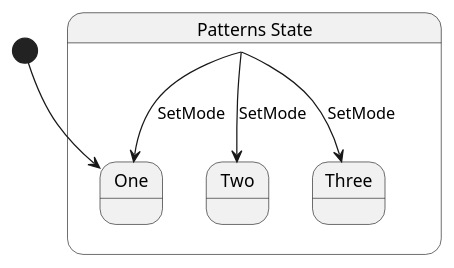
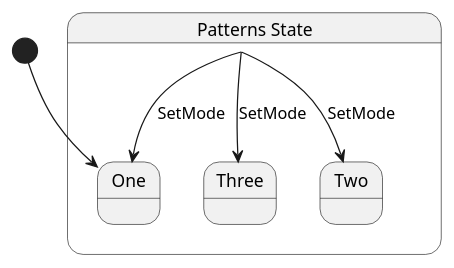
Before and after one commit to chickensoft-games/LogicBlocks: the diagram in Chickensoft.LogicBlocks.DiagramGenerator.Tests/test_cases/Patterns.g.puml, drawn with PlantUML. The commit also changed other lines of this file and 8 other files, not shown here.

```diff
--- a/Chickensoft.LogicBlocks.DiagramGenerator.Tests/test_cases/Patterns.g.puml
+++ b/Chickensoft.LogicBlocks.DiagramGenerator.Tests/test_cases/Patterns.g.puml
@@ -1,12 +1,12 @@
 @startuml Patterns
 state "Patterns State" as Chickensoft_LogicBlocks_DiagramGenerator_Tests_TestCases_Patterns_State {
   state "One" as Chickensoft_LogicBlocks_DiagramGenerator_Tests_TestCases_Patterns_State_One
+  state "Three" as Chickensoft_LogicBlocks_DiagramGenerator_Tests_TestCases_Patterns_State_Three
   state "Two" as Chickensoft_LogicBlocks_DiagramGenerator_Tests_TestCases_Patterns_State_Two
-  state "Three" as Chickensoft_LogicBlocks_DiagramGenerator_Tests_TestCases_Patterns_State_Three
 }
 
 Chickensoft_LogicBlocks_DiagramGenerator_Tests_TestCases_Patterns_State --> Chickensoft_LogicBlocks_DiagramGenerator_Tests_TestCases_Patterns_State_One : SetMode
 Chickensoft_LogicBlocks_DiagramGenerator_Tests_TestCases_Patterns_State --> Chickensoft_LogicBlocks_DiagramGenerator_Tests_TestCases_Patterns_State_Three : SetMode
 Chickensoft_LogicBlocks_DiagramGenerator_Tests_TestCases_Patterns_State --> Chickensoft_LogicBlocks_DiagramGenerator_Tests_TestCases_Patterns_State_Two : SetMode
 [*] --> Chickensoft_LogicBlocks_DiagramGenerator_Tests_TestCases_Patterns_State_One
 @enduml
```
